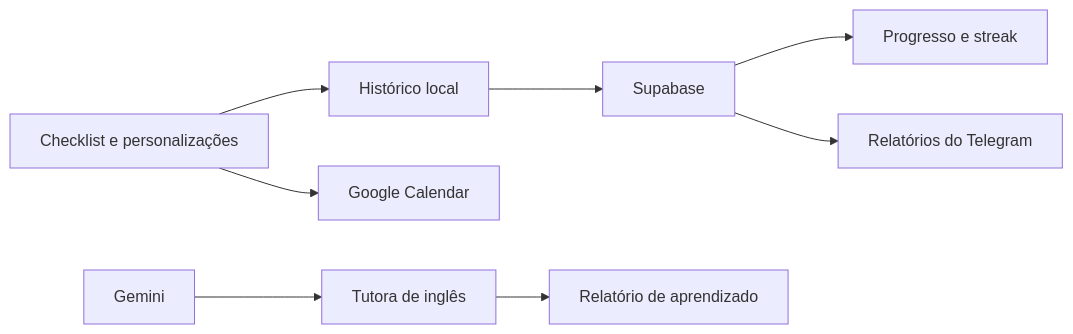
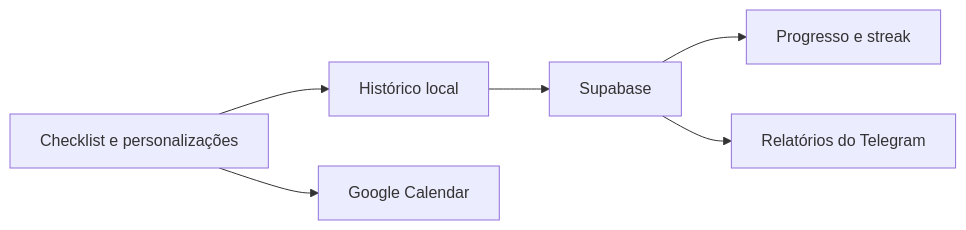
One commit to Vinicius-Barbosa-Santos/rotina changed the diagram in README.md. Above: the diagram before and after it, drawn with Mermaid. The commit also changed other lines of this file and 14 other files, not shown here.

````diff
--- a/README.md
+++ b/README.md
@@ -68,10 +69,8 @@
 ```mermaid
 flowchart LR
     A["Checklist e personalizações"] --> B["Histórico local"]
     B --> C["Supabase"]
     C --> D["Progresso e streak"]
     C --> E["Relatórios do Telegram"]
     A --> I["Google Calendar"]
-    F["Gemini"] --> G["Tutora de inglês"]
-    G --> H["Relatório de aprendizado"]
 ```
````
